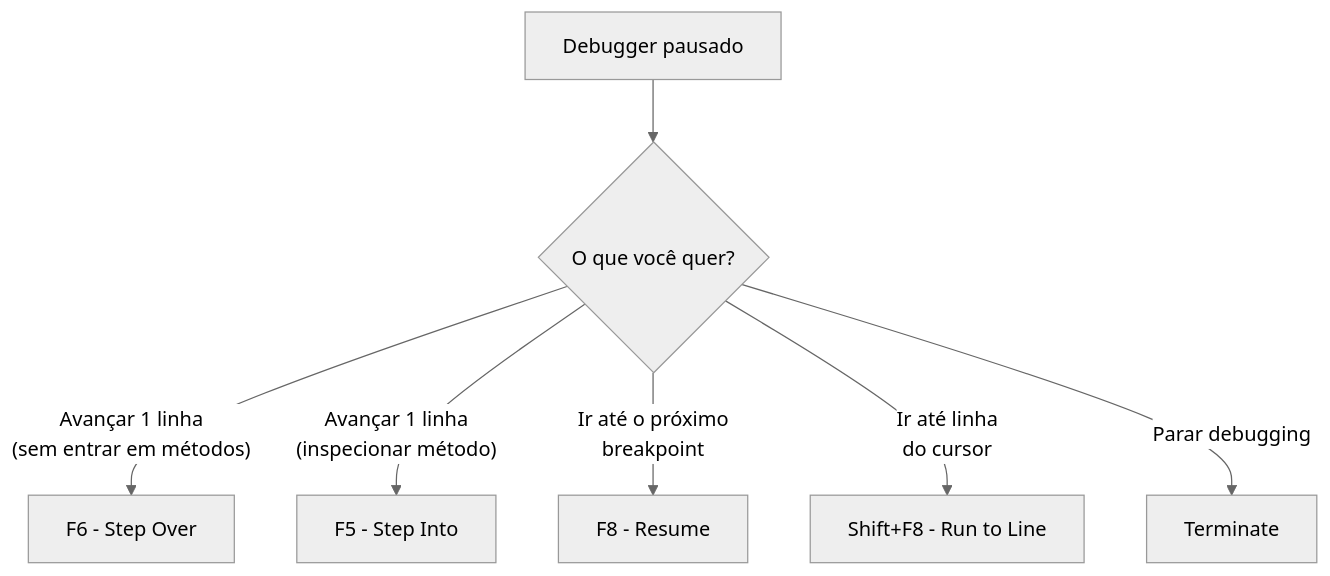
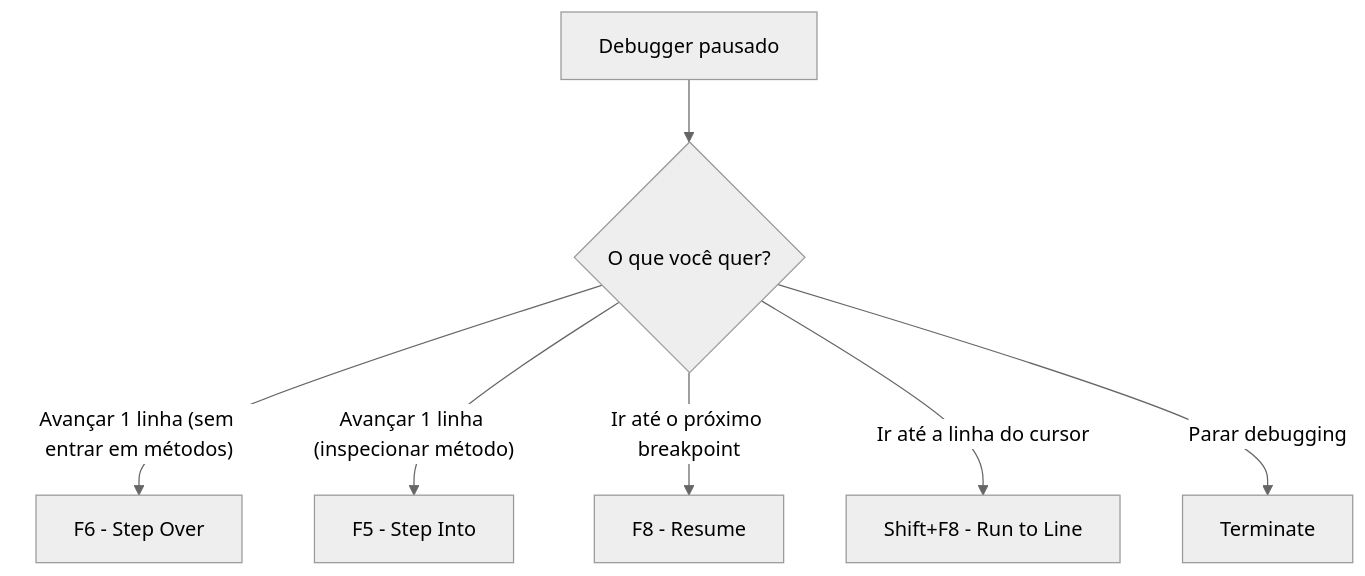
One commit to GabrielVieiraAI/learning-basic-abap-programming changed the second of 2 diagrams in docs/02-basic-techniques-and-concepts/06-debugging-an-abap-program/README.md. Above: the diagram before and after it, drawn with Mermaid (neutral theme). The commit also changed other lines of this file and 1 other file, not shown here.

Commit message:
Refactor internal table type definitions and update debugging flowcharts for clarity

````diff
--- a/docs/02-basic-techniques-and-concepts/06-debugging-an-abap-program/README.md
+++ b/docs/02-basic-techniques-and-concepts/06-debugging-an-abap-program/README.md
@@ -129,9 +129,9 @@
 ```mermaid
-graph TD
-    A[Debugger pausado] --> B{O que você quer?}
-    B -->|"Avançar 1 linha<br/>(sem entrar em métodos)"| C[F6 - Step Over]
-    B -->|"Avançar 1 linha<br/>(inspecionar método)"| D[F5 - Step Into]
-    B -->|"Ir até o próximo<br/>breakpoint"| E[F8 - Resume]
-    B -->|"Ir até linha<br/>do cursor"| F[Shift+F8 - Run to Line]
-    B -->|"Parar debugging"| G[Terminate]
+flowchart TD
+    A["Debugger pausado"] --> B{"O que você quer?"}
+    B -->|"Avançar 1 linha (sem entrar em métodos)"| C["F6 - Step Over"]
+    B -->|"Avançar 1 linha (inspecionar método)"| D["F5 - Step Into"]
+    B -->|"Ir até o próximo breakpoint"| E["F8 - Resume"]
+    B -->|"Ir até a linha do cursor"| F["Shift+F8 - Run to Line"]
+    B -->|"Parar debugging"| G["Terminate"]
 ```
````
